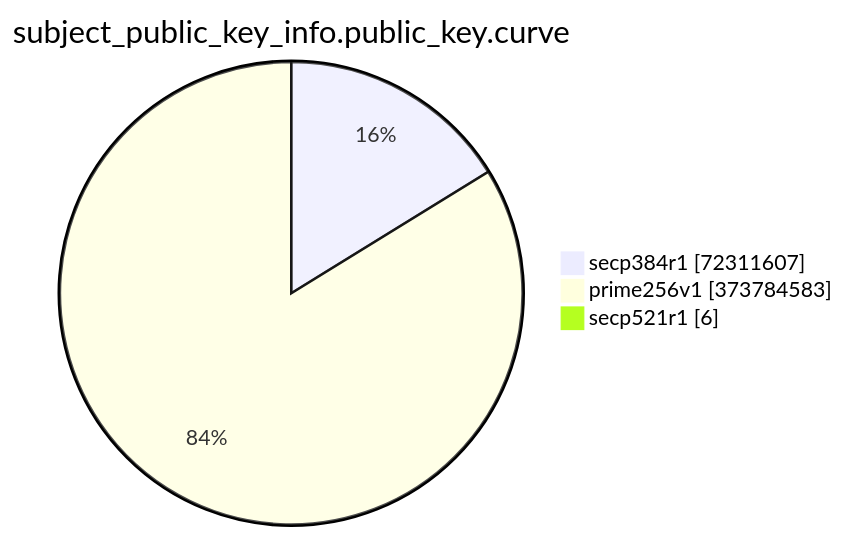
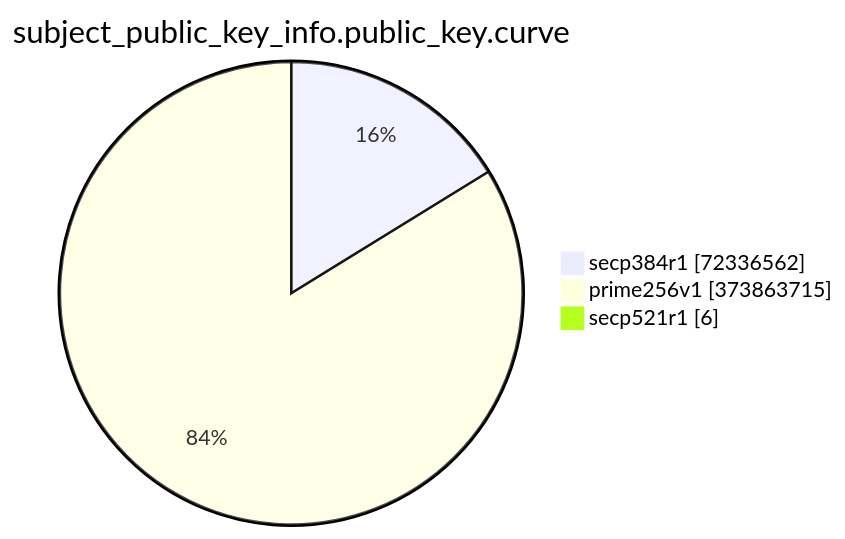
One commit to christiankrug/ctmonitor_visualization changed the eighth of 15 diagrams in TOTAL/README.md. Above: the diagram before and after it, drawn with Mermaid. The commit also changed other lines of this file, not shown here.

````diff
--- a/TOTAL/README.md
+++ b/TOTAL/README.md
@@ -3094,7 +3094,7 @@
 ```mermaid
 pie showData
 title subject_public_key_info.public_key.curve
-"secp384r1" :72311607
-"prime256v1" :373784583
+"secp384r1" :72336562
+"prime256v1" :373863715
 "secp521r1" :6
 ```
````
